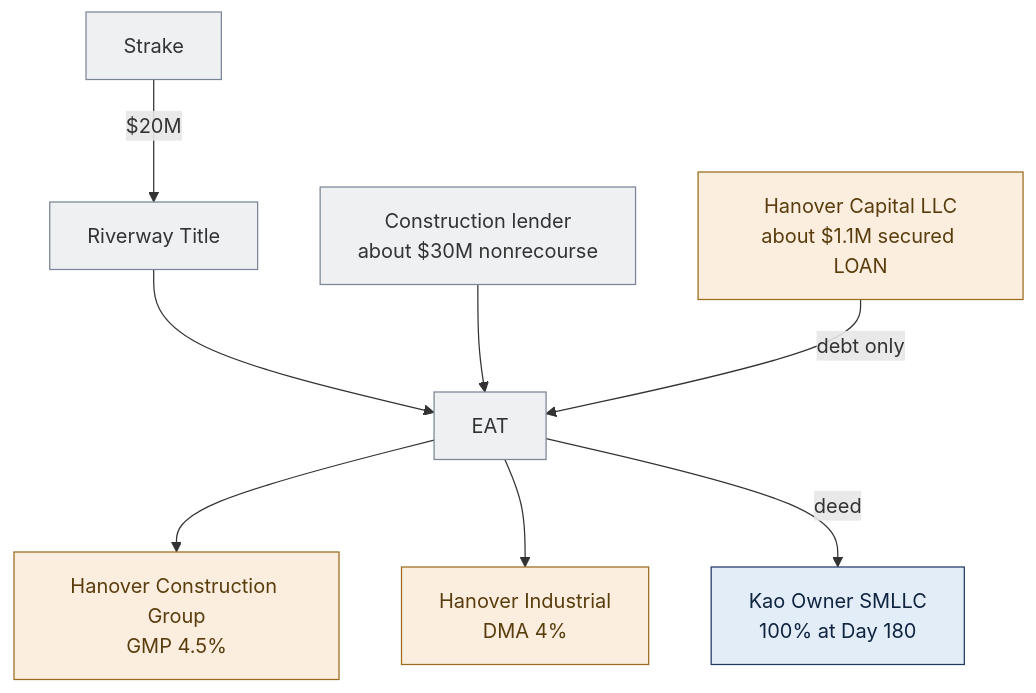
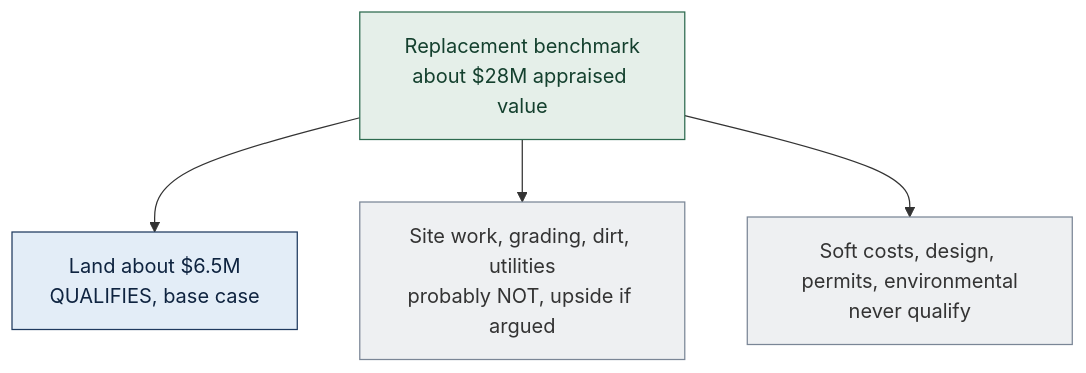
Before and after one commit to EthanCow/North-Forsyth-1031-Diagrams: the second of 6 diagrams in North_Forsyth_1031_Diagrams.md, drawn with Mermaid. The commit also changed other lines of this file and 1 other file, not shown here.

First line of the commit message:
Rewrite site + diagrams to the June 17 counsel structure

````diff
--- a/North_Forsyth_1031_Diagrams.md
+++ b/North_Forsyth_1031_Diagrams.md
@@ -217,20 +108,13 @@
 ```mermaid
 flowchart TB
-  SK["Strake"]:::neutral
-  QI["Riverway Title"]:::neutral
-  EAT["EAT"]:::neutral
-  LN["Construction lender\nabout $30M nonrecourse"]:::neutral
-  HLOAN["Hanover Capital LLC\nabout $1.1M secured LOAN"]:::han
-  GC["Hanover Construction Group\nGMP 4.5%"]:::han
-  DEV["Hanover Industrial\nDMA 4%"]:::han
-  KLLC["Kao Owner SMLLC\n100% at Day 180"]:::kao
-  SK -->|"$20M"| QI --> EAT
-  LN --> EAT
-  HLOAN -->|"debt only"| EAT
-  EAT --> GC
-  EAT --> DEV
-  EAT -->|"deed"| KLLC
+  GAIN["Replacement benchmark\nabout $28M appraised value"]:::asset
+  LANDQ["Land about $6.5M\nQUALIFIES, base case"]:::kao
+  SITE["Site work, grading, dirt, utilities\nprobably NOT, upside if argued"]:::neutral
+  SOFT["Soft costs, design, permits, environmental\nnever qualify"]:::neutral
+  GAIN --> LANDQ
+  GAIN --> SITE
+  GAIN --> SOFT
   classDef kao fill:#e3edf7,stroke:#1f3a5f,color:#0f2440;
-  classDef han fill:#fbeede,stroke:#9c6b1e,color:#5a3d0e;
   classDef neutral fill:#eef0f2,stroke:#7a8696,color:#333;
+  classDef asset fill:#e5efe9,stroke:#2d6a4f,color:#14402e;
 ```
````
